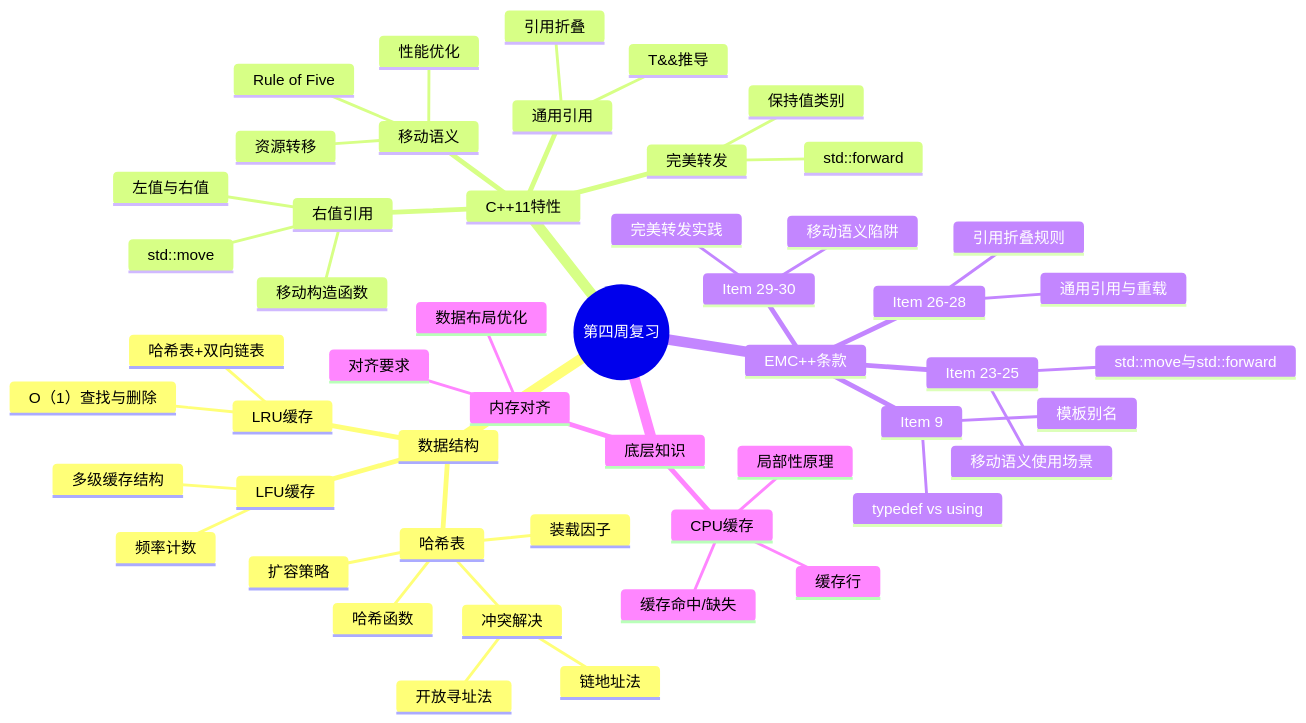
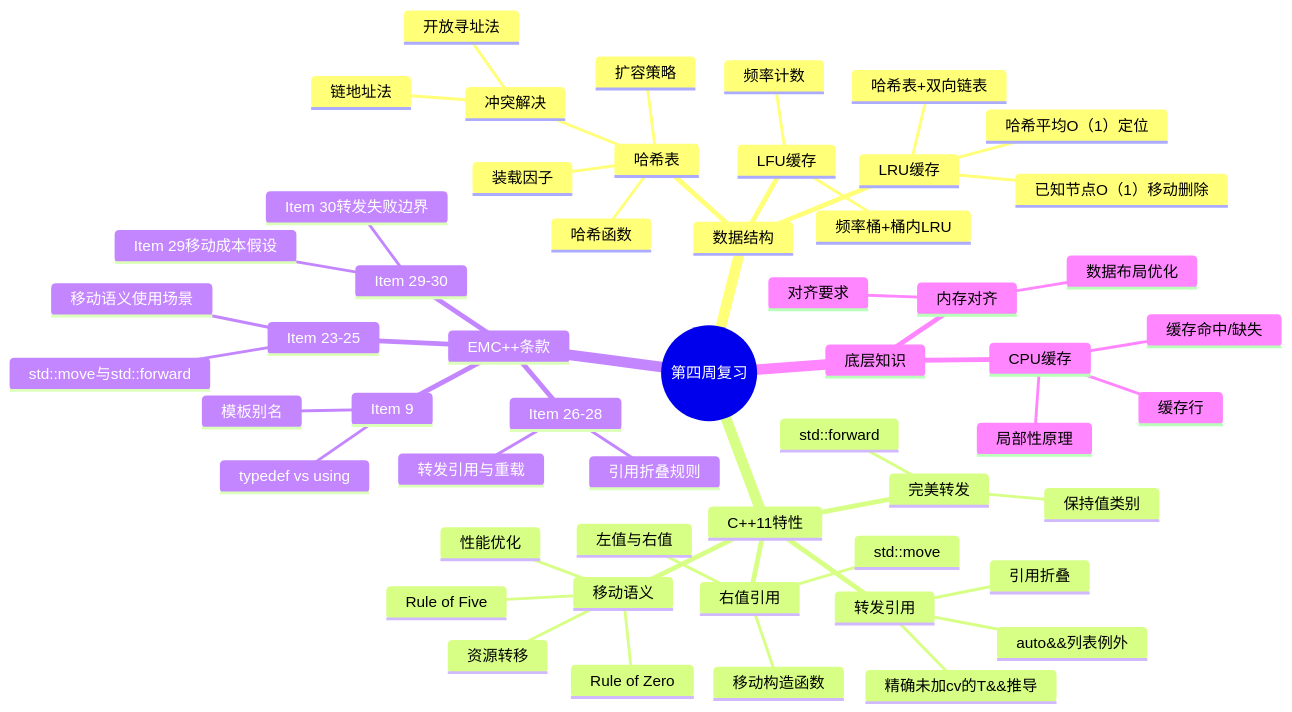
The first of 5 diagrams in week_04/day_28/README.md (mlbo/cpp_learning), drawn with Mermaid before and after one commit. The commit also changed other lines of this file and 675 other files, not shown here.

````diff
--- a/week_04/day_28/README.md
+++ b/week_04/day_28/README.md
@@ -16,54 +18,57 @@
 ```mermaid
 mindmap
   root((第四周复习))
     数据结构
       哈希表
         哈希函数
         冲突解决
           链地址法
           开放寻址法
         装载因子
         扩容策略
       LRU缓存
         哈希表+双向链表
-        O（1）查找与删除
+        哈希平均O（1）定位
+        已知节点O（1）移动删除
       LFU缓存
         频率计数
-        多级缓存结构
+        频率桶+桶内LRU
     C++11特性
       右值引用
         左值与右值
         std::move
         移动构造函数
       移动语义
         资源转移
         性能优化
+        Rule of Zero
         Rule of Five
-      通用引用
-        T&&推导
+      转发引用
+        精确未加cv的T&&推导
+        auto&&列表例外
         引用折叠
       完美转发
         std::forward
         保持值类别
     EMC++条款
       Item 9
         typedef vs using
         模板别名
       Item 23-25
         std::move与std::forward
         移动语义使用场景
       Item 26-28
-        通用引用与重载
+        转发引用与重载
         引用折叠规则
       Item 29-30
-        完美转发实践
-        移动语义陷阱
+        Item 29移动成本假设
+        Item 30转发失败边界
     底层知识
       CPU缓存
         缓存行
         缓存命中/缺失
         局部性原理
       内存对齐
         对齐要求
         数据布局优化
 ```
````
